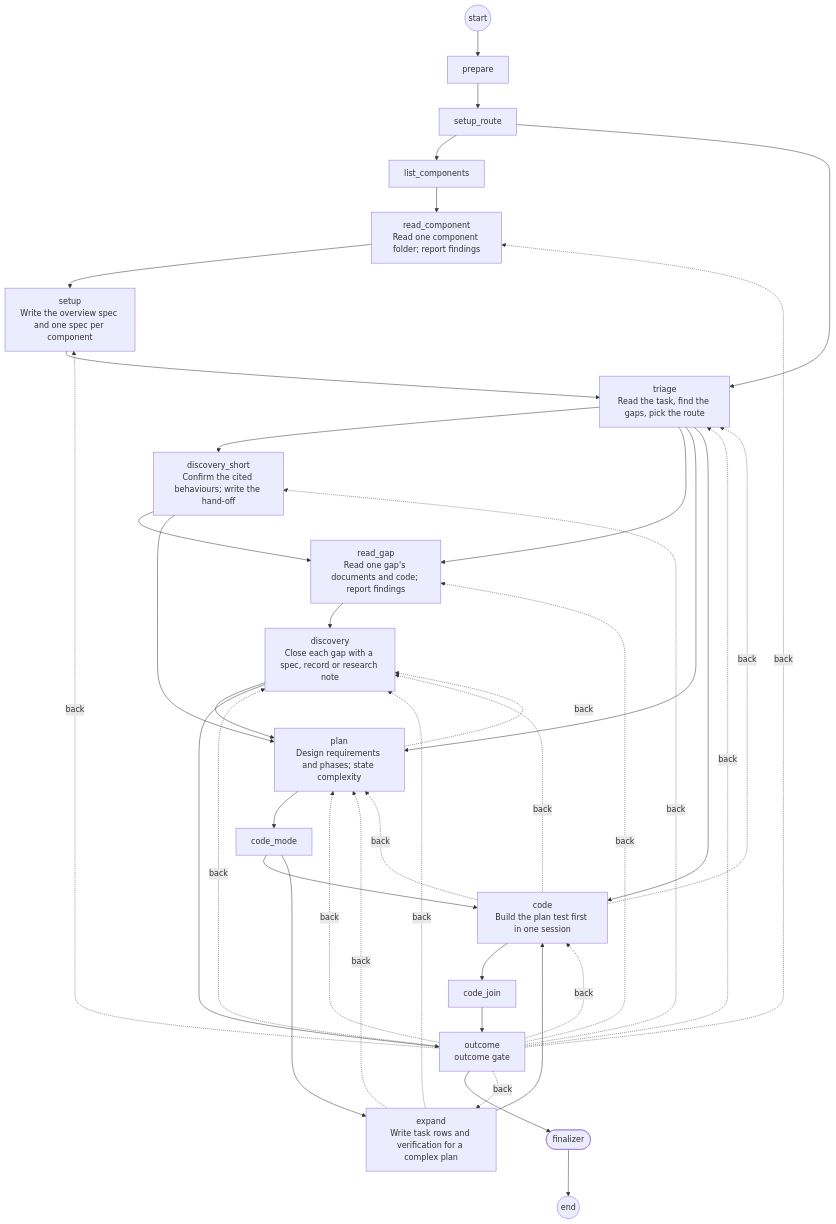
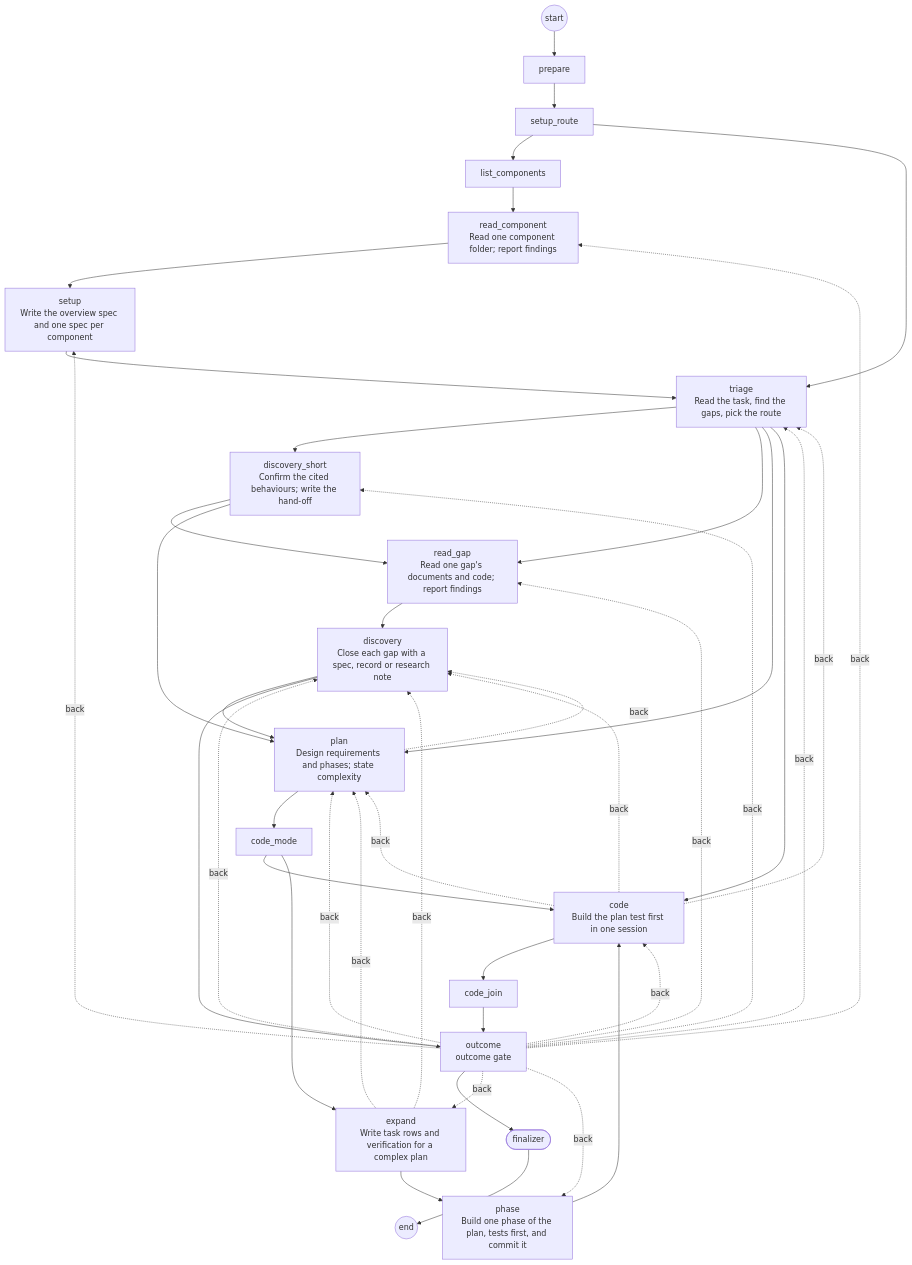
The diagram in plugins/temperspec-tgraph/diagram/workflow.md (dbr0vskyi/tempergraph), drawn with Mermaid before and after one commit. The commit also changed 58 other files, not shown here.

````diff
--- a/plugins/temperspec-tgraph/diagram/workflow.md
+++ b/plugins/temperspec-tgraph/diagram/workflow.md
@@ -1,61 +1,64 @@
 ```mermaid
 flowchart TD
   start((start))
   u0["prepare"]
   u1["setup_route"]
   u2["list_components"]
   u3["read_component<br/>Read one component folder; report findings"]
   u4["setup<br/>Write the overview spec and one spec per component"]
   u5["triage<br/>Read the task, find the gaps, pick the route"]
   u6["discovery_short<br/>Confirm the cited behaviours; write the hand-off"]
   u7["read_gap<br/>Read one gap's documents and code; report findings"]
   u8["discovery<br/>Close each gap with a spec, record or research note"]
   u9["plan<br/>Design requirements and phases; state complexity"]
   u10["code_mode"]
   u11["expand<br/>Write task rows and verification for a complex plan"]
-  u12["code<br/>Build the plan test first in one session"]
-  u13["code_join"]
-  u14["outcome<br/>outcome gate"]
+  u12["phase<br/>Build one phase of the plan, tests first, and commit it"]
+  u13["code<br/>Build the plan test first in one session"]
+  u14["code_join"]
+  u15["outcome<br/>outcome gate"]
   fin([finalizer])
   stop((end))
   start --> u0
   u0 --> u1
   u1 --> u2
   u1 --> u5
   u2 --> u3
   u3 --> u4
   u4 --> u5
   u5 --> u6
   u5 --> u7
   u5 --> u9
-  u5 --> u12
+  u5 --> u13
   u6 --> u7
   u6 --> u9
   u7 --> u8
   u8 --> u9
-  u8 --> u14
+  u8 --> u15
   u9 --> u10
   u9 -.->|back| u8
-  u10 --> u12
+  u10 --> u13
   u10 --> u11
   u11 --> u12
   u11 -.->|back| u9
   u11 -.->|back| u8
   u12 --> u13
-  u12 -.->|back| u9
-  u12 -.->|back| u8
-  u12 -.->|back| u5
   u13 --> u14
-  u14 --> fin
-  u14 -.->|back| u3
-  u14 -.->|back| u4
-  u14 -.->|back| u5
-  u14 -.->|back| u6
-  u14 -.->|back| u7
-  u14 -.->|back| u8
-  u14 -.->|back| u9
-  u14 -.->|back| u11
-  u14 -.->|back| u12
+  u13 -.->|back| u9
+  u13 -.->|back| u8
+  u13 -.->|back| u5
+  u14 --> u15
+  u15 --> fin
+  u15 -.->|back| u3
+  u15 -.->|back| u4
+  u15 -.->|back| u5
+  u15 -.->|back| u6
+  u15 -.->|back| u7
+  u15 -.->|back| u8
+  u15 -.->|back| u9
+  u15 -.->|back| u11
+  u15 -.->|back| u12
+  u15 -.->|back| u13
   fin --> stop
 
 ```
````
